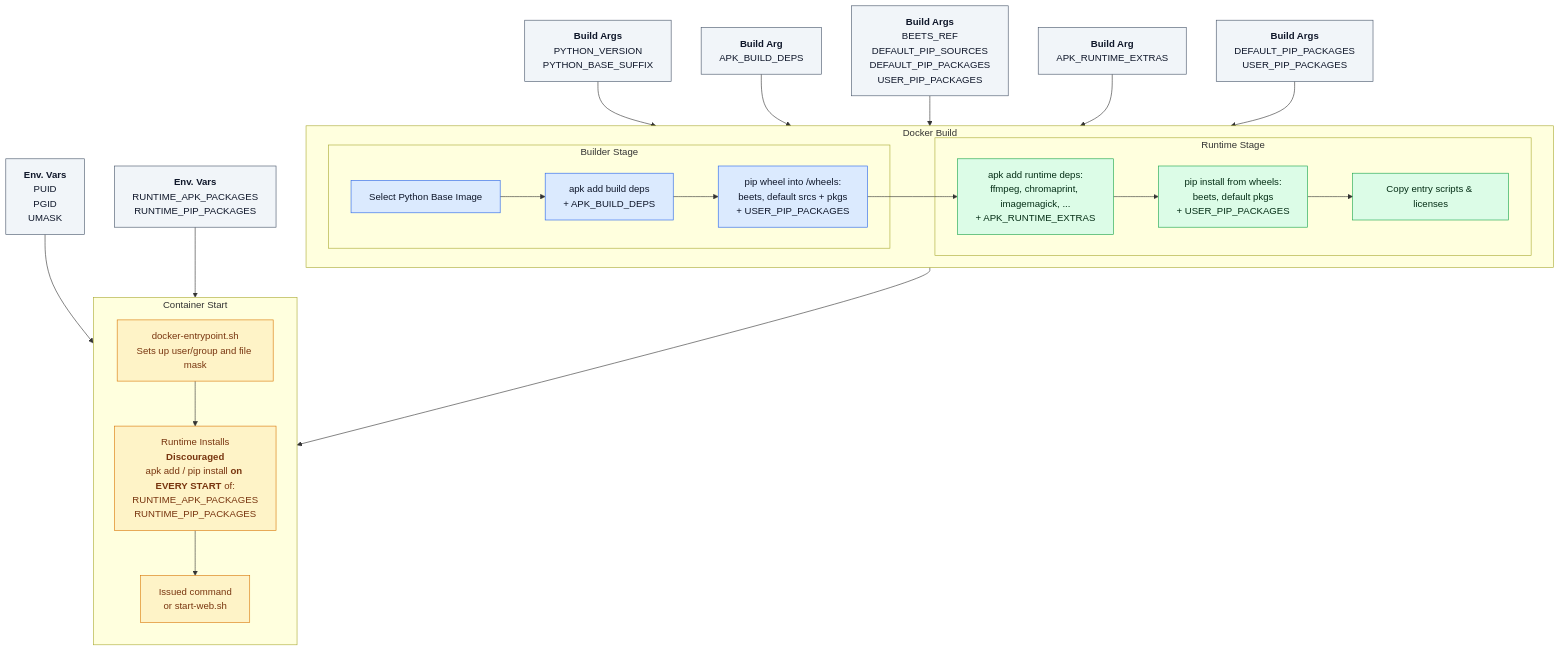
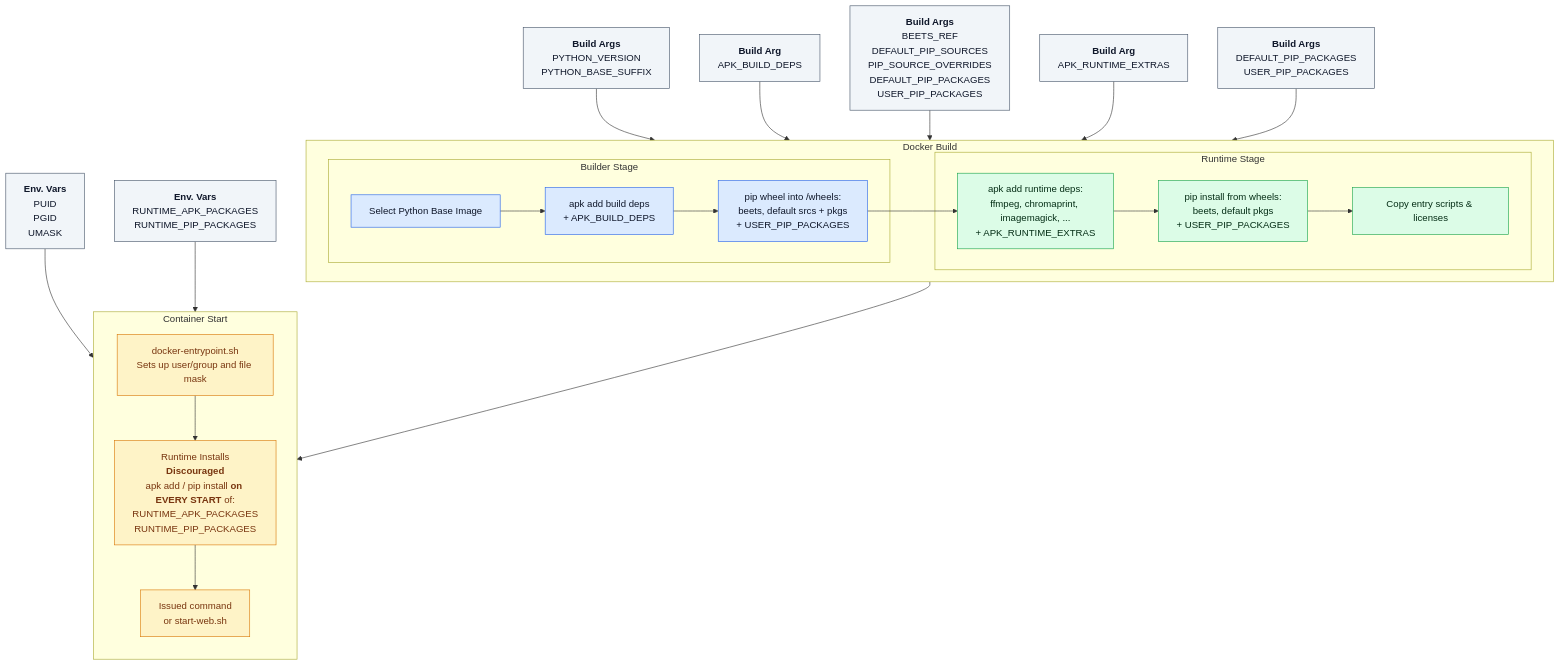
One commit to treyturner/docker-beets changed the diagram in README.md. Above: the diagram before and after it, drawn with Mermaid. The commit also changed other lines of this file and 1 other file, not shown here.

Commit message:
feat: override default package sources to build plugin testbeds

````diff
--- a/README.md
+++ b/README.md
@@ -192,51 +213,51 @@
 ```mermaid
 %%{init: {'theme':'base','themeVariables':{
     'primaryColor':'#0f172a',
     'primaryBorderColor':'#94a3b8',
     'primaryTextColor':'#f8fafc',
     'secondaryColor':'#1e293b',
     'tertiaryColor':'#e2e8f0',
     'lineColor':'#2563eb',
     'fontFamily':'"Inter","Segoe UI",sans-serif'
   }}}%%
 flowchart TD
   A1["<strong>Build Args</strong><br/>PYTHON_VERSION<br/>PYTHON_BASE_SUFFIX"] --> B0
   A2["<strong>Build Arg</strong><br/>APK_BUILD_DEPS"] --> B1
-  A3["<strong>Build Args</strong><br/>BEETS_REF<br/>DEFAULT_PIP_SOURCES<br/>DEFAULT_PIP_PACKAGES<br/>USER_PIP_PACKAGES"] --> B2
+  A3["<strong>Build Args</strong><br/>BEETS_REF<br/>DEFAULT_PIP_SOURCES<br/>PIP_SOURCE_OVERRIDES<br/>DEFAULT_PIP_PACKAGES<br/>USER_PIP_PACKAGES"] --> B2
   A4["<strong>Build Arg</strong><br/>APK_RUNTIME_EXTRAS"] --> R1
   A5["<strong>Build Args</strong><br/>DEFAULT_PIP_PACKAGES<br/>USER_PIP_PACKAGES"] --> R2
   A6["<strong>Env. Vars</strong><br/>PUID<br/>PGID<br/>UMASK"] --> E1
   A7["<strong>Env. Vars</strong><br/>RUNTIME_APK_PACKAGES<br/>RUNTIME_PIP_PACKAGES"] --> E2
 
   subgraph Docker Build
     direction LR
     subgraph Builder Stage
       B0["Select Python Base Image"] --> B1
       B1["apk add build deps<br/>+ APK_BUILD_DEPS"] --> B2
       B2["pip wheel into /wheels:<br/>beets, default srcs + pkgs<br/>+ USER_PIP_PACKAGES"]
     end
 
     subgraph Runtime Stage
       B2 --> R1["apk add runtime deps:<br/>ffmpeg, chromaprint, imagemagick, ...<br/>+ APK_RUNTIME_EXTRAS"]
       R1 --> R2["pip install from wheels:<br/>beets, default pkgs<br/>+ USER_PIP_PACKAGES"]
       R2 --> R3["Copy entry scripts & licenses"]
     end
   end
 
   subgraph Container Start
     direction TB
     R3 --> E1["docker-entrypoint.sh<br/>Sets up user/group and file mask"]
     E1 --> E2["Runtime Installs<br/><strong>Discouraged</strong><br/>apk add / pip install <strong>on EVERY START</strong> of:<br/>RUNTIME_APK_PACKAGES<br/>RUNTIME_PIP_PACKAGES"]
     E2 --> E3["Issued command<br/>or start-web.sh"]
   end
 
   classDef env fill:#f1f5f9,stroke:#475569,color:#0f172a;
   classDef builder fill:#dbeafe,stroke:#2563eb,color:#0f172a;
   classDef runtime fill:#dcfce7,stroke:#16a34a,color:#052e16;
   classDef start fill:#fef3c7,stroke:#d97706,color:#78350f;
 
   class A1,A2,A3,A4,A5,A6,A7 env;
   class B0,B1,B2 builder;
   class R1,R2,R3 runtime;
   class E1,E2,E3 start;
 ```
````
